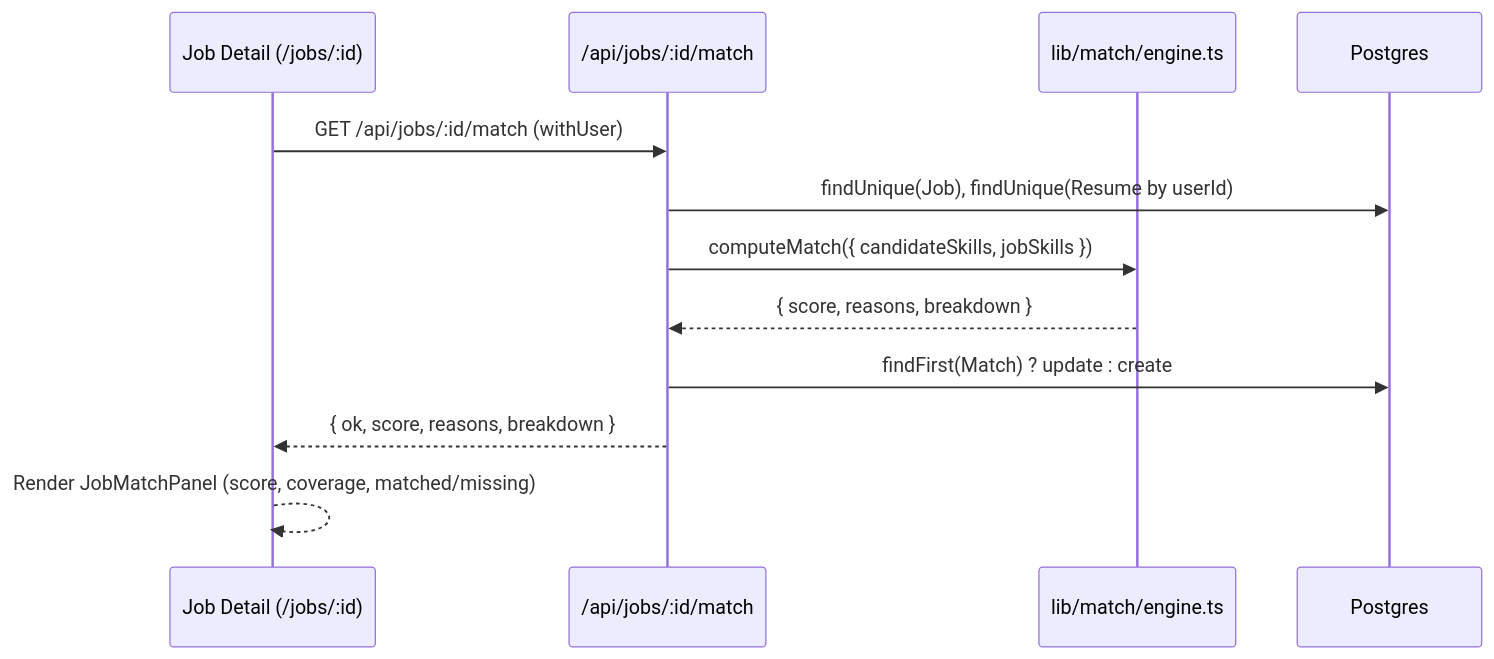
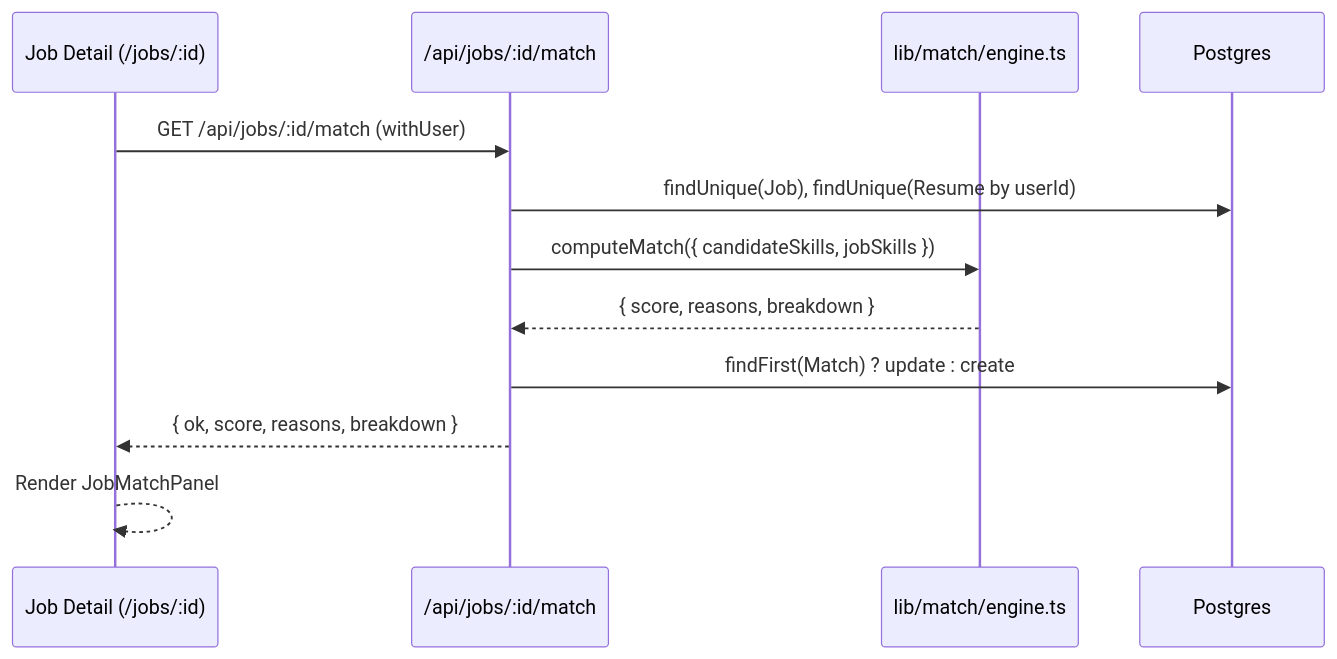
The third of 4 diagrams in README.md (itayshabtay452/job-ai-app), drawn with Mermaid before and after one commit. The commit also changed other lines of this file, not shown here.

````diff
--- a/README.md
+++ b/README.md
@@ -78,15 +82,15 @@
 ```mermaid
 sequenceDiagram
   participant JD as Job Detail (/jobs/:id)
   participant MAPI as /api/jobs/:id/match
   participant ENG as lib/match/engine.ts
   participant DB as Postgres
 
   JD->>MAPI: GET /api/jobs/:id/match (withUser)
   MAPI->>DB: findUnique(Job), findUnique(Resume by userId)
   MAPI->>ENG: computeMatch({ candidateSkills, jobSkills })
   ENG-->>MAPI: { score, reasons, breakdown }
   MAPI->>DB: findFirst(Match) ? update : create
   MAPI-->>JD: { ok, score, reasons, breakdown }
-  JD-->>JD: Render JobMatchPanel (score, coverage, matched/missing)
+  JD-->>JD: Render JobMatchPanel
 ```
````
